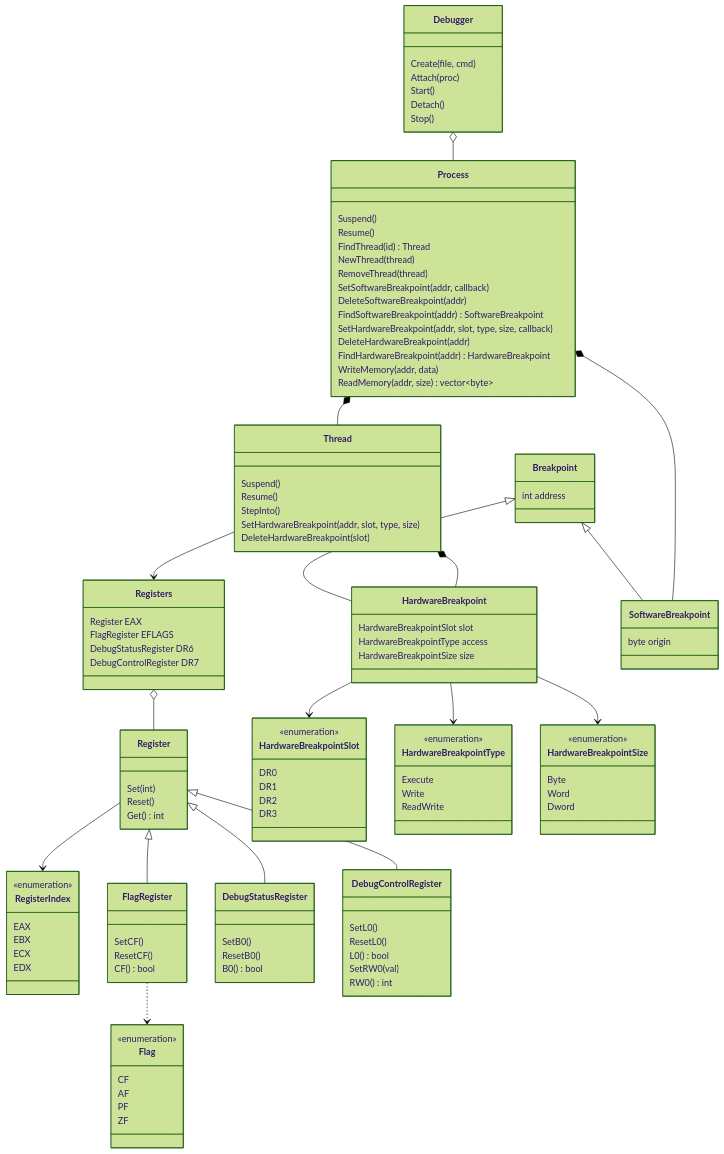
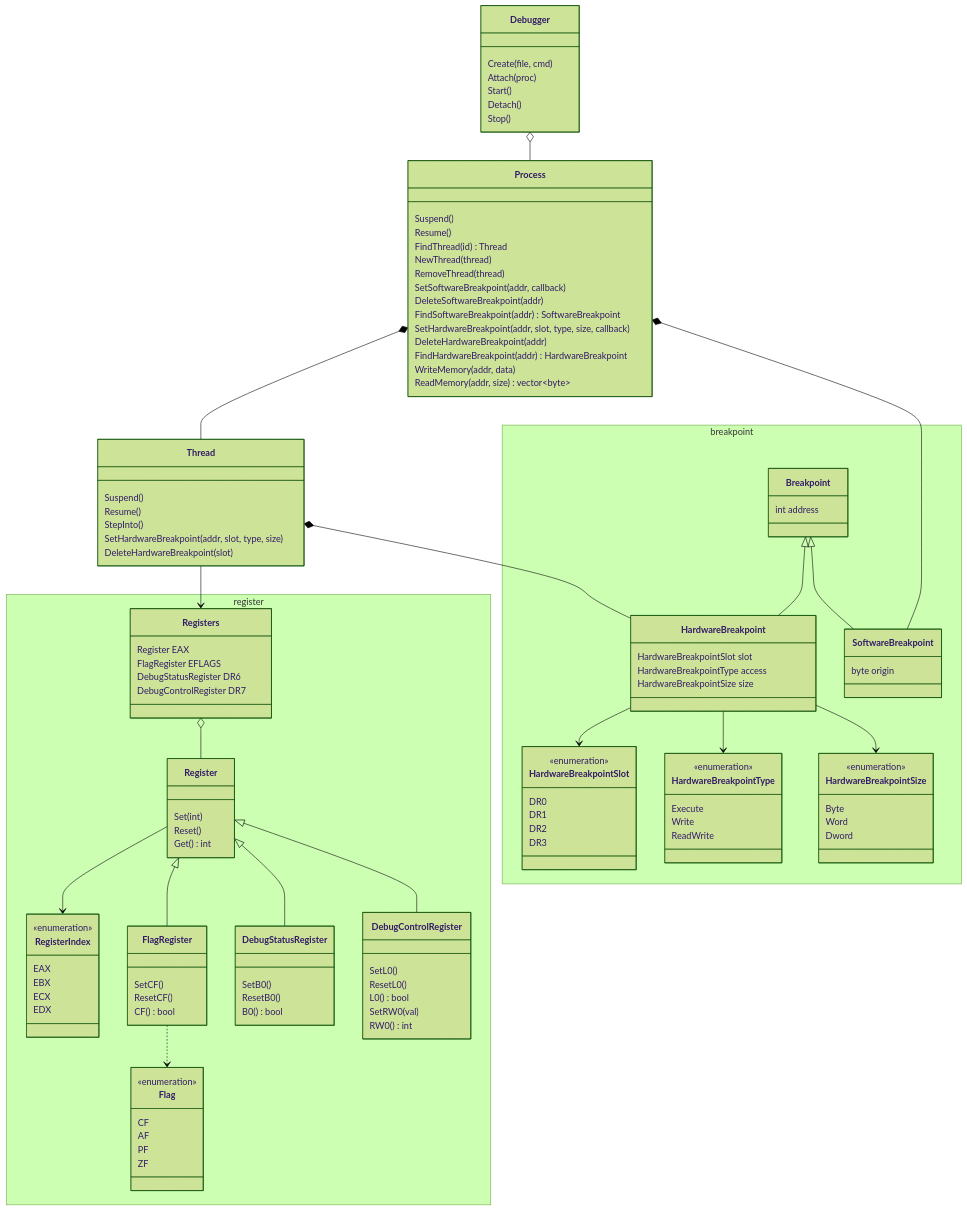
The diagram in README.md (Zhuagenborn/Windows-x86-Debugger), drawn with Mermaid (forest theme) before and after one commit.

Commit message:
Docs: Add `mermaid` namespaces

````diff
--- a/README.md
+++ b/README.md
@@ -66,107 +66,108 @@
 ```mermaid
 classDiagram
 
-class RegisterIndex {
-    <<enumeration>>
-    EAX
-    EBX
-    ECX
-    EDX
-}
+namespace register {
 
-class Register {
-    Set(int)
-    Reset()
-    Get() int
+    class RegisterIndex {
+        <<enumeration>>
+        EAX
+        EBX
+        ECX
+        EDX
+    }
+
+    class Register {
+        Set(int)
+        Reset()
+        Get() int
+    }
+
+    class Flag {
+        <<enumeration>>
+        CF
+        AF
+        PF
+        ZF
+    }
+
+    class FlagRegister {
+        SetCF()
+        ResetCF()
+        CF() bool
+    }
+
+    class DebugStatusRegister {
+        SetB0()
+        ResetB0()
+        B0() bool
+    }
+
+    class DebugControlRegister {
+        SetL0()
+        ResetL0()
+        L0() bool
+        SetRW0(val)
+        RW0() int
+    }
+
+    class Registers {
+        Register EAX
+        FlagRegister EFLAGS
+        DebugStatusRegister DR6
+        DebugControlRegister DR7
+    }
 }
 
 Register --> RegisterIndex
-
-class Flag {
-    <<enumeration>>
-    CF
-    AF
-    PF
-    ZF
-}
-
-class FlagRegister {
-    SetCF()
-    ResetCF()
-    CF() bool
-}
-
 Register <|-- FlagRegister
 FlagRegister ..> Flag
-
-class DebugStatusRegister {
-    SetB0()
-    ResetB0()
-    B0() bool
-}
-
 Register <|-- DebugStatusRegister
-
-class DebugControlRegister {
-    SetL0()
-    ResetL0()
-    L0() bool
-    SetRW0(val)
-    RW0() int
-}
-
 Register <|-- DebugControlRegister
-
-class Registers {
-    Register EAX
-    FlagRegister EFLAGS
-    DebugStatusRegister DR6
-    DebugControlRegister DR7
-}
-
 Registers o-- Register
 
-class Breakpoint {
-    int address
-}
+namespace breakpoint {
 
-class HardwareBreakpointSlot {
-    <<enumeration>>
-    DR0
-    DR1
-    DR2
-    DR3
-}
+    class Breakpoint {
+        int address
+    }
 
-class HardwareBreakpointType {
-    <<enumeration>>
-    Execute
-    Write
-    ReadWrite
-}
+    class HardwareBreakpointSlot {
+        <<enumeration>>
+        DR0
+        DR1
+        DR2
+        DR3
+    }
 
-class HardwareBreakpointSize {
-    <<enumeration>>
-    Byte
-    Word
-    Dword
-}
+    class HardwareBreakpointType {
+        <<enumeration>>
+        Execute
+        Write
+        ReadWrite
+    }
 
-class HardwareBreakpoint {
-    HardwareBreakpointSlot slot
-    HardwareBreakpointType access
-    HardwareBreakpointSize size
+    class HardwareBreakpointSize {
+        <<enumeration>>
+        Byte
+        Word
+        Dword
+    }
+
+    class HardwareBreakpoint {
+        HardwareBreakpointSlot slot
+        HardwareBreakpointType access
+        HardwareBreakpointSize size
+    }
+
+    class SoftwareBreakpoint {
+        byte origin
+    }
 }
 
 Breakpoint <|-- HardwareBreakpoint
 HardwareBreakpoint --> HardwareBreakpointSlot
 HardwareBreakpoint --> HardwareBreakpointType
 HardwareBreakpoint --> HardwareBreakpointSize
-
-class SoftwareBreakpoint {
-    byte origin
-}
-
 Breakpoint <|-- SoftwareBreakpoint
 
 class Thread {
````
